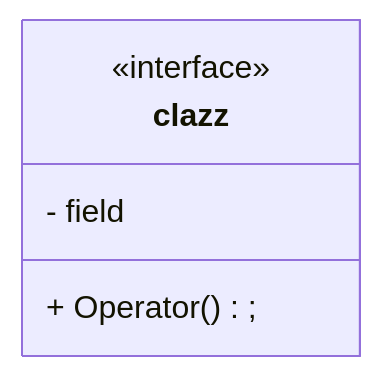
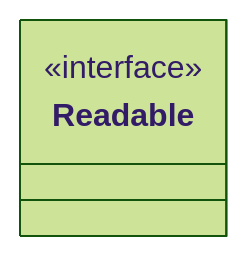
The third of 8 diagrams in 1_class_diagrams/README.md (adrian-buturuga/SoftwareSystemsModeling), drawn with Mermaid before and after one commit. The commit also changed other lines of this file and 2 other files, not shown here.

Commit message:
class diagrams

````diff
--- a/1_class_diagrams/README.md
+++ b/1_class_diagrams/README.md
@@ -11,9 +43,9 @@
-```mermaid
+```mermaid 
+%%{init: {'theme':'forest'}}%%
 classDiagram
-    class clazz {
-        - field
-        + Operator();
-    }
+  class Readable {
 
-    <<interface>> clazz
+  }
+
+  <<interface>> Readable
 ```
````
